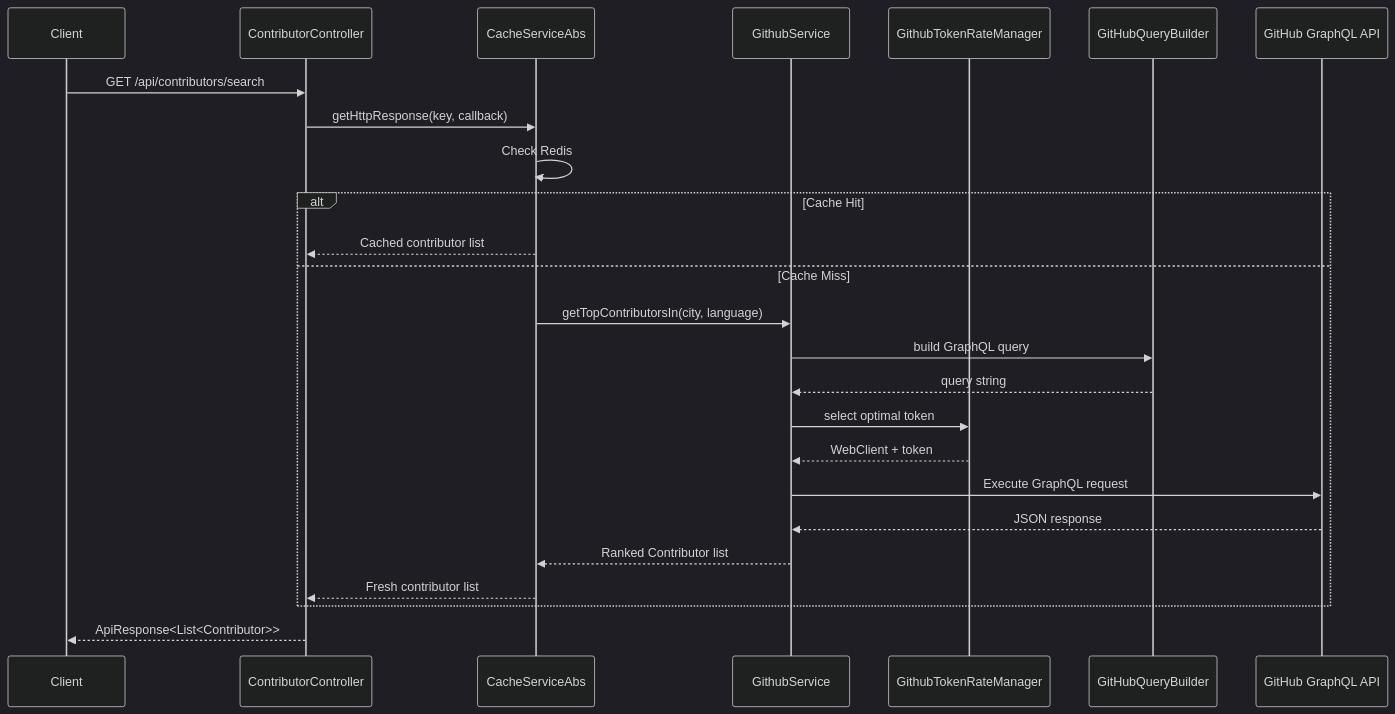
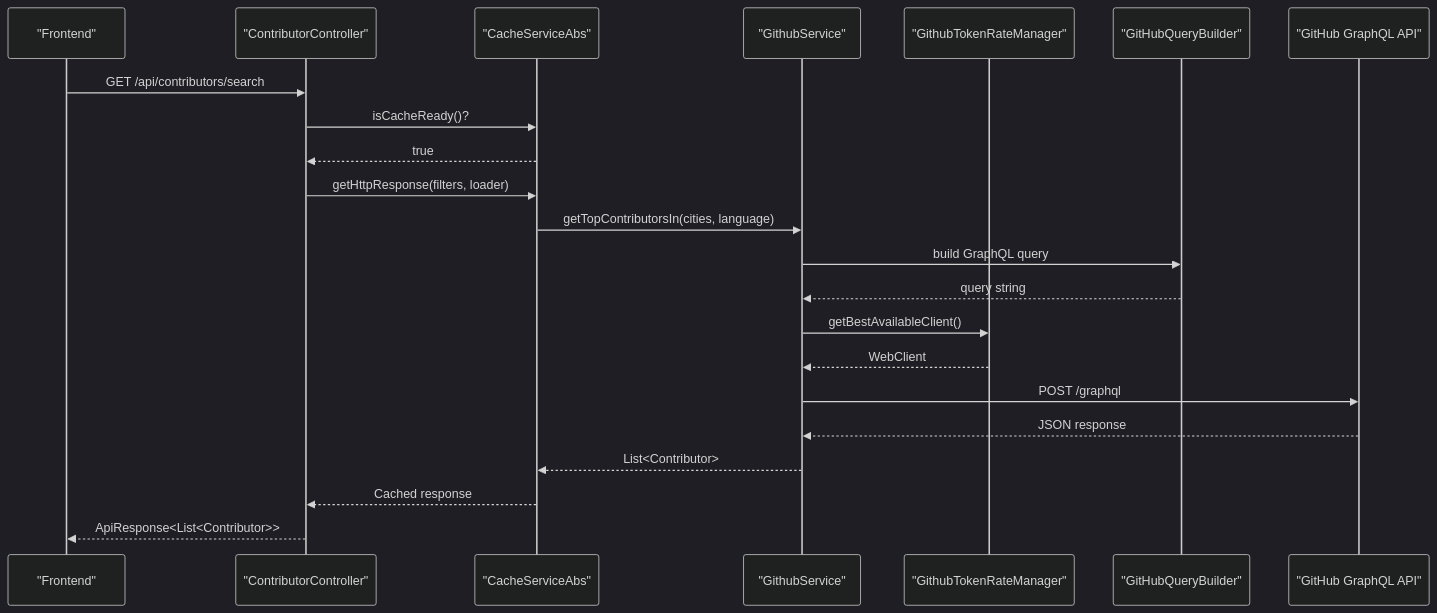
One commit to flamingo-stack/major-league-github changed the third of 6 diagrams in docs/development/architecture/README.md. Above: the diagram before and after it, drawn with Mermaid (dark theme). The commit also changed other lines of this file and 91 other files, not shown here.

````diff
--- a/docs/development/architecture/README.md
+++ b/docs/development/architecture/README.md
@@ -97,28 +77,25 @@
 ```mermaid
 sequenceDiagram
-    participant Client
-    participant Controller as ContributorController
-    participant Cache as CacheServiceAbs
-    participant Service as GithubService
-    participant Rate as GithubTokenRateManager
-    participant Builder as GitHubQueryBuilder
-    participant GitHub as GitHub GraphQL API
+    participant Client as "Frontend"
+    participant Controller as "ContributorController"
+    participant Cache as "CacheServiceAbs"
+    participant Service as "GithubService"
+    participant Rate as "GithubTokenRateManager"
+    participant Builder as "GitHubQueryBuilder"
+    participant GitHub as "GitHub GraphQL API"
 
     Client->>Controller: GET /api/contributors/search
-    Controller->>Cache: getHttpResponse(key, callback)
-    Cache->>Cache: Check Redis
-    alt Cache Hit
-        Cache-->>Controller: Cached contributor list
-    else Cache Miss
-        Cache->>Service: getTopContributorsIn(city, language)
-        Service->>Builder: build GraphQL query
-        Builder-->>Service: query string
-        Service->>Rate: select optimal token
-        Rate-->>Service: WebClient + token
-        Service->>GitHub: Execute GraphQL request
-        GitHub-->>Service: JSON response
-        Service-->>Cache: Ranked Contributor list
-        Cache-->>Controller: Fresh contributor list
-    end
+    Controller->>Cache: isCacheReady()?
+    Cache-->>Controller: true
+    Controller->>Cache: getHttpResponse(filters, loader)
+    Cache->>Service: getTopContributorsIn(cities, language)
+    Service->>Builder: build GraphQL query
+    Builder-->>Service: query string
+    Service->>Rate: getBestAvailableClient()
+    Rate-->>Service: WebClient
+    Service->>GitHub: POST /graphql
+    GitHub-->>Service: JSON response
+    Service-->>Cache: List<Contributor>
+    Cache-->>Controller: Cached response
     Controller-->>Client: ApiResponse<List<Contributor>>
 ```
````
